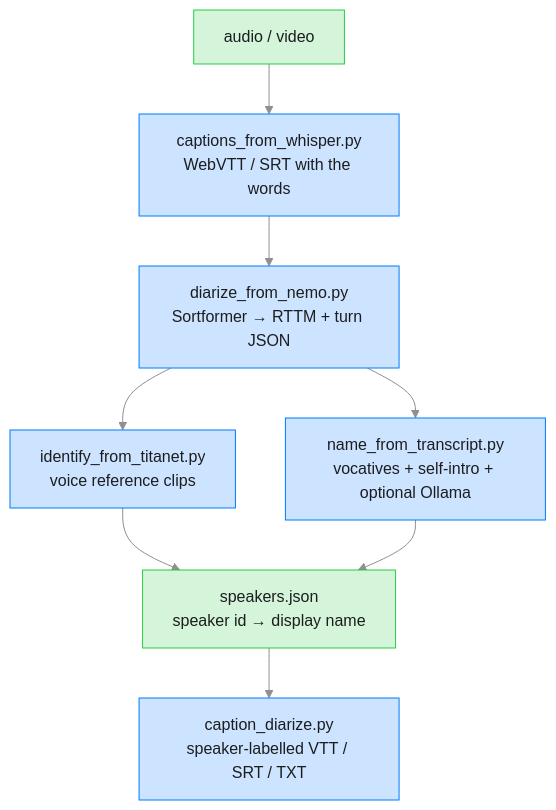
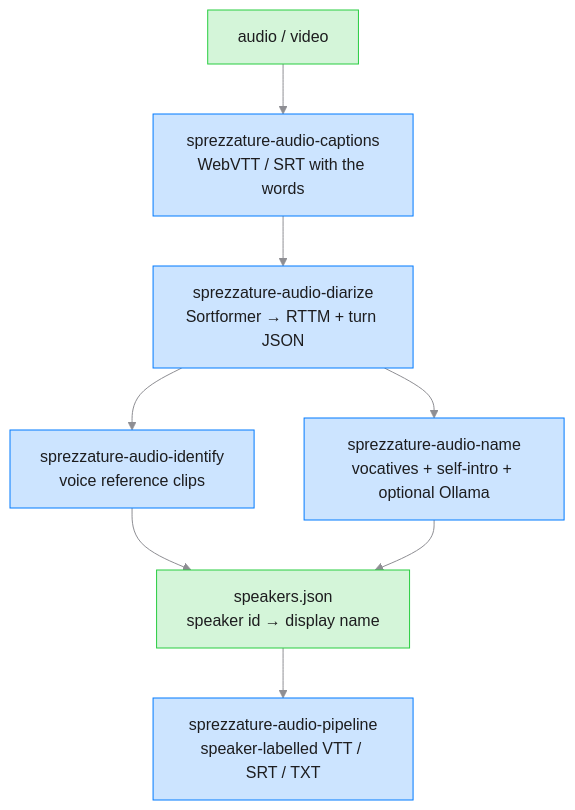
One commit to warith-harchaoui/sprezzature changed the diagram in sprezzature-audio/references/diarization.md. Above: the diagram before and after it, drawn with Mermaid. The commit also changed other lines of this file and 50 other files, not shown here.

````diff
--- a/sprezzature-audio/references/diarization.md
+++ b/sprezzature-audio/references/diarization.md
@@ -8,15 +8,15 @@
 ```mermaid
 %%{init: {"theme":"base","themeVariables":{"fontFamily":"Roboto, system-ui, sans-serif","lineColor":"#8E8E93"}}}%%
 flowchart TD
-    A[audio / video] --> CAP["captions_from_whisper.py<br/>WebVTT / SRT with the words"]
-    CAP --> DIA["diarize_from_nemo.py<br/>Sortformer → RTTM + turn JSON"]
-    DIA --> TIT["identify_from_titanet.py<br/>voice reference clips"]
-    DIA --> NAM["name_from_transcript.py<br/>vocatives + self-intro + optional Ollama"]
+    A[audio / video] --> CAP["sprezzature-audio-captions<br/>WebVTT / SRT with the words"]
+    CAP --> DIA["sprezzature-audio-diarize<br/>Sortformer → RTTM + turn JSON"]
+    DIA --> TIT["sprezzature-audio-identify<br/>voice reference clips"]
+    DIA --> NAM["sprezzature-audio-name<br/>vocatives + self-intro + optional Ollama"]
     TIT --> SPK["speakers.json<br/>speaker id → display name"]
     NAM --> SPK
-    SPK --> MRG["caption_diarize.py<br/>speaker-labelled VTT / SRT / TXT"]
+    SPK --> MRG["sprezzature-audio-pipeline<br/>speaker-labelled VTT / SRT / TXT"]
     classDef step fill:#CCE4FF,stroke:#007AFF,color:#1D1D1F;
     classDef data fill:#D4F5D9,stroke:#28CD41,color:#1D1D1F;
     class CAP,DIA,TIT,NAM,MRG step;
     class A,SPK data;
 ```
````
